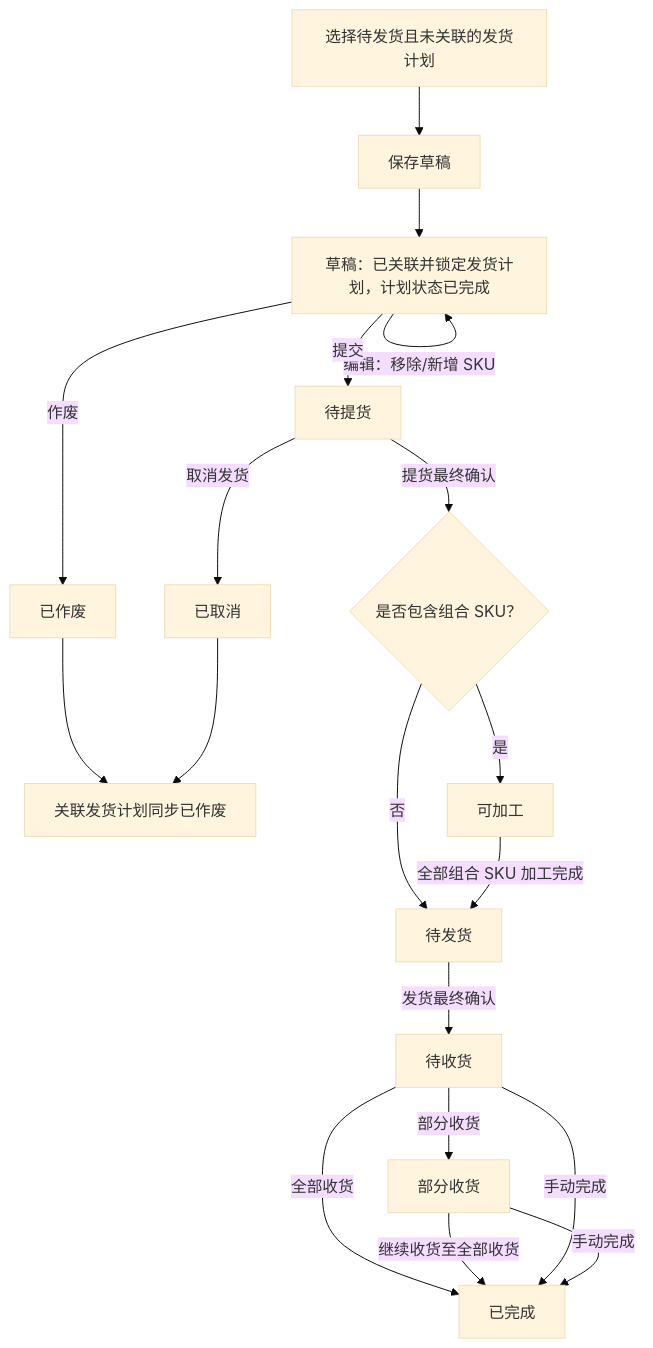
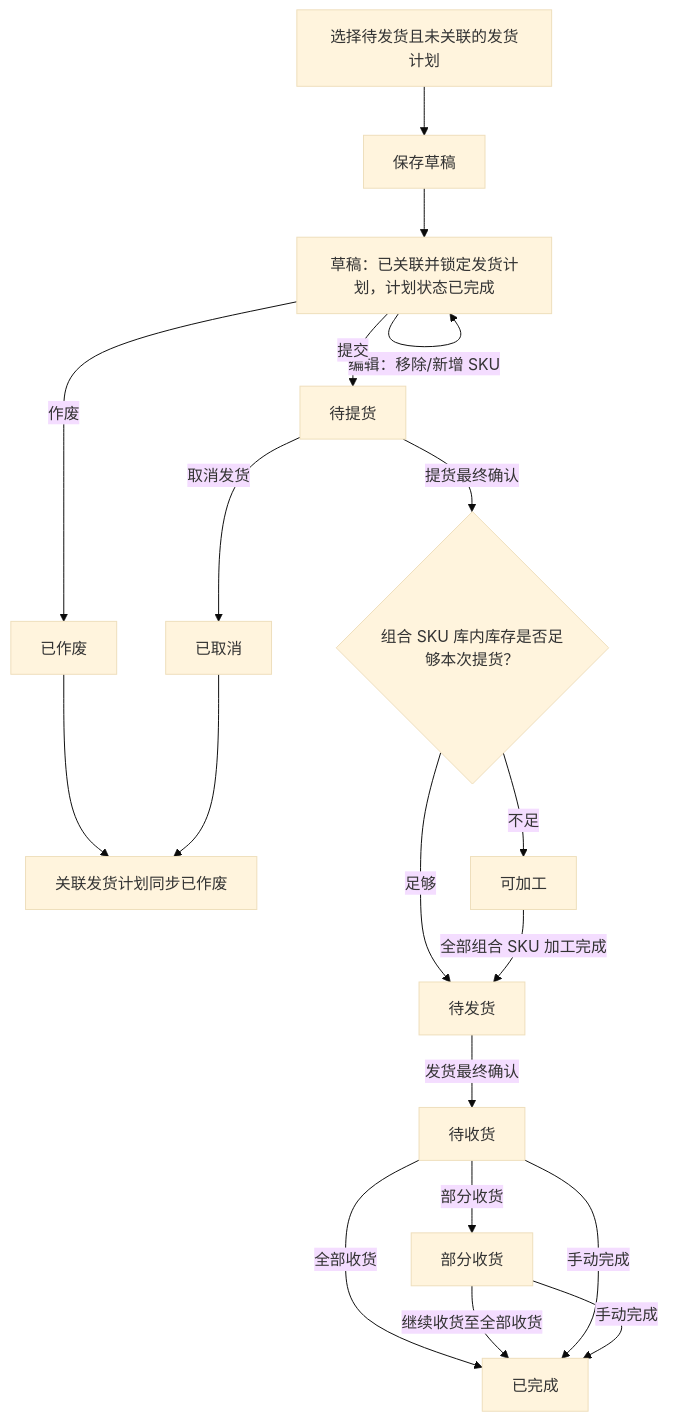
One commit to heiquanrenheiquanren-lab/Middle-Platform-Pages changed the first of 3 diagrams in PRD/发货单全流程管理-PRD.md. Above: the diagram before and after it, drawn with Mermaid (base theme). The commit also changed other lines of this file and 13 other files, not shown here.

````diff
--- a/PRD/发货单全流程管理-PRD.md
+++ b/PRD/发货单全流程管理-PRD.md
@@ -76,21 +97,21 @@
 ```mermaid
 flowchart TD
     A[选择待发货且未关联的发货计划] --> B[保存草稿]
     B --> C[草稿：已关联并锁定发货计划，计划状态已完成]
     C -->|编辑：移除/新增 SKU| C
     C -->|作废| D[已作废]
     D --> P1[关联发货计划同步已作废]
     C -->|提交| E[待提货]
     E -->|取消发货| F[已取消]
     F --> P1
-    E -->|提货最终确认| H{是否包含组合 SKU？}
-    H -->|是| I[可加工]
-    H -->|否| J[待发货]
+    E -->|提货最终确认| H{组合 SKU 库内库存是否足够本次提货？}
+    H -->|不足| I[可加工]
+    H -->|足够| J[待发货]
     I -->|全部组合 SKU 加工完成| J
     J -->|发货最终确认| K[待收货]
     K -->|部分收货| L[部分收货]
     K -->|全部收货| M[已完成]
     L -->|继续收货至全部收货| M
     K -->|手动完成| M
     L -->|手动完成| M
 ```
````
